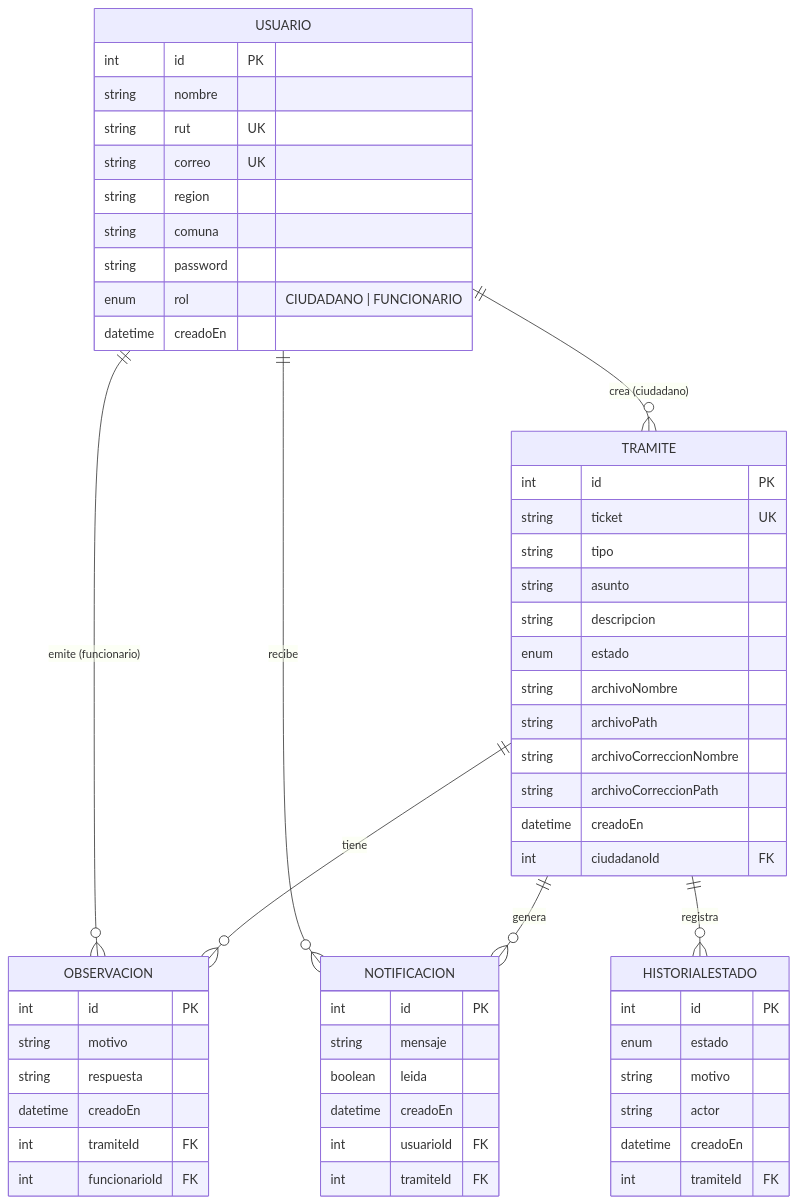
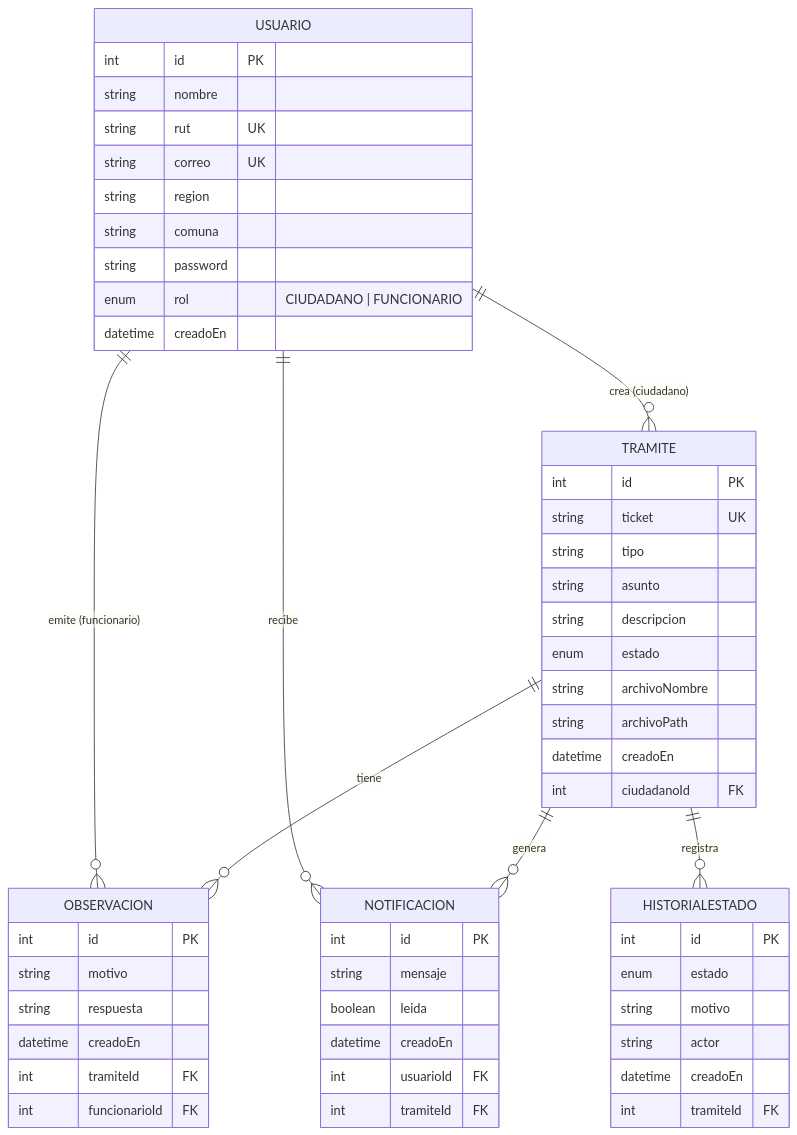
The diagram in README.md (P4bl0AGT/sistema-tramites), drawn with Mermaid before and after one commit. The commit also changed other lines of this file and 35 other files, not shown here.

````diff
--- a/README.md
+++ b/README.md
@@ -144,58 +275,56 @@
 ```mermaid
 erDiagram
     USUARIO {
         int id PK
         string nombre
         string rut UK
         string correo UK
         string region
         string comuna
         string password
         enum rol "CIUDADANO | FUNCIONARIO"
         datetime creadoEn
     }
     TRAMITE {
         int id PK
         string ticket UK
         string tipo
         string asunto
         string descripcion
         enum estado
         string archivoNombre
         string archivoPath
-        string archivoCorreccionNombre
-        string archivoCorreccionPath
         datetime creadoEn
         int ciudadanoId FK
     }
     OBSERVACION {
         int id PK
         string motivo
         string respuesta
         datetime creadoEn
         int tramiteId FK
         int funcionarioId FK
     }
     NOTIFICACION {
         int id PK
         string mensaje
         boolean leida
         datetime creadoEn
         int usuarioId FK
         int tramiteId FK
     }
     HISTORIALESTADO {
         int id PK
         enum estado
         string motivo
         string actor
         datetime creadoEn
         int tramiteId FK
     }
     USUARIO ||--o{ TRAMITE : "crea (ciudadano)"
     USUARIO ||--o{ OBSERVACION : "emite (funcionario)"
     USUARIO ||--o{ NOTIFICACION : "recibe"
     TRAMITE ||--o{ OBSERVACION : "tiene"
     TRAMITE ||--o{ NOTIFICACION : "genera"
     TRAMITE ||--o{ HISTORIALESTADO : "registra"
 ```
````
